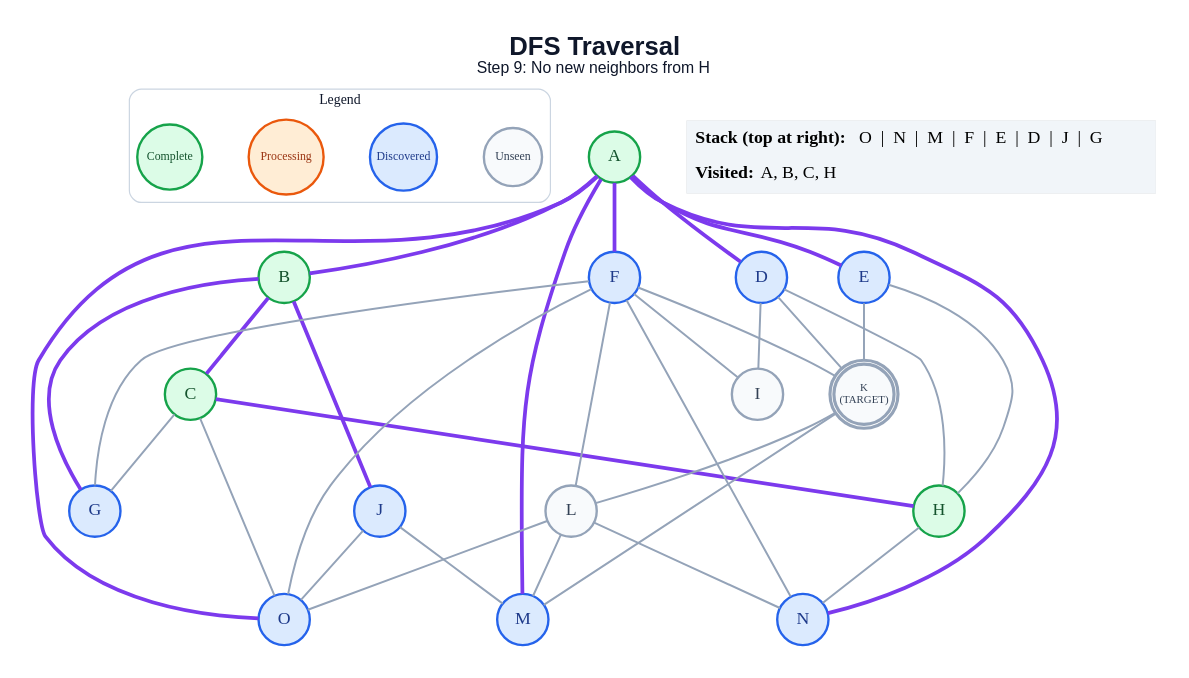
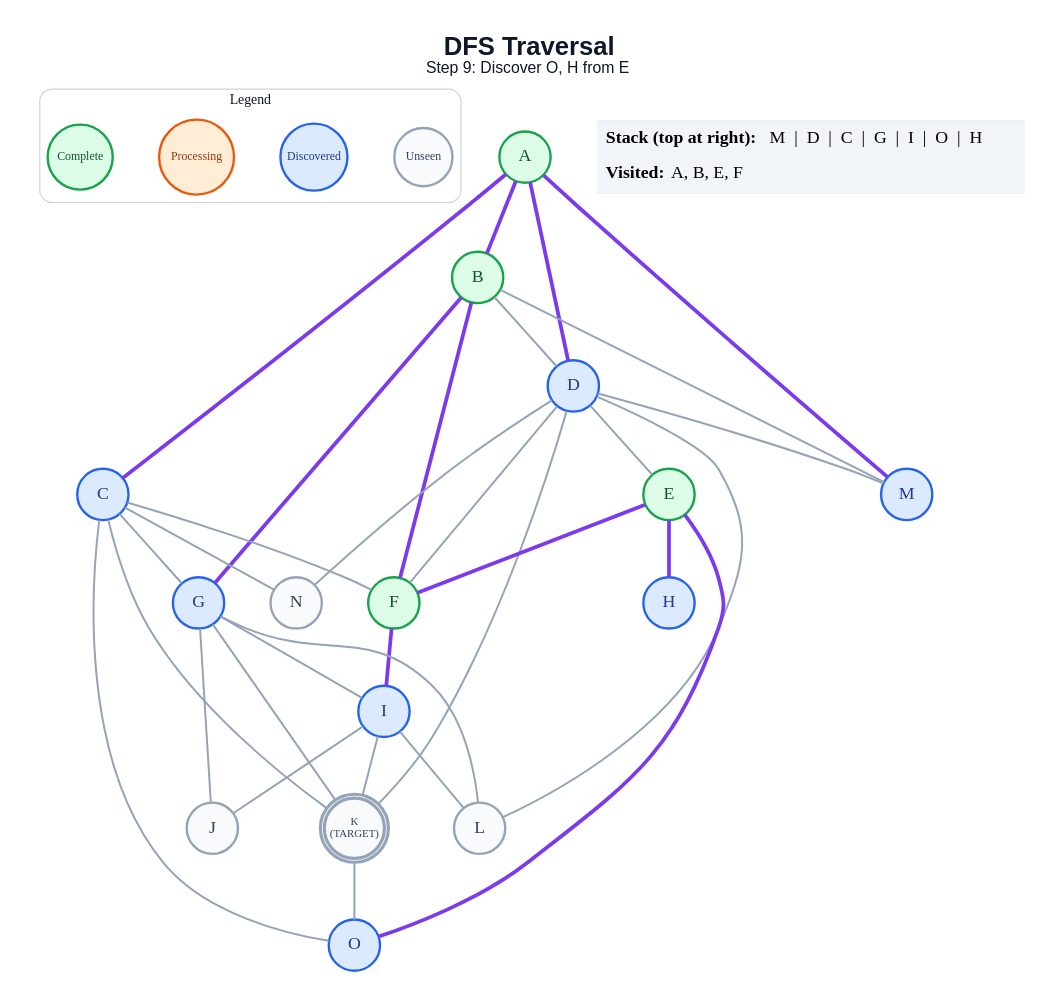
The diagram in generated/short-circuit/dfs/step_09.dot (anon7238593-create/ai-slop), drawn with Graphviz before and after one commit. The commit also changed 265 other files, not shown here.

```diff
--- a/generated/short-circuit/dfs/step_09.dot
+++ b/generated/short-circuit/dfs/step_09.dot
@@ -1,66 +1,65 @@
 graph traversal {
   graph [layout=dot, rankdir=TB, bgcolor="#FFFFFF", pad="0.35", nodesep="0.65", ranksep="0.8", fontname="Arial"];
   node [shape=circle, style="filled", fontname="Arial Bold", fontsize=18, width=0.72, fixedsize=true, penwidth=2.4];
   edge [color="#94A3B8", penwidth=2.0];
-  label=<<B>DFS Traversal</B><BR/><FONT POINT-SIZE="16">Step 9: No new neighbors from H</FONT>>; labelloc="t"; fontsize=26; fontname="Arial"; fontcolor="#0F172A";
+  label=<<B>DFS Traversal</B><BR/><FONT POINT-SIZE="16">Step 9: Discover O, H from E</FONT>>; labelloc="t"; fontsize=26; fontname="Arial"; fontcolor="#0F172A";
   subgraph cluster_legend { label="Legend"; color="#CBD5E1"; penwidth=1.2; style="rounded"; fontsize=14; fontname="Arial Bold";
     key_unseen [label="Unseen", fillcolor="#F8FAFC", color="#94A3B8", fontcolor="#334155", fontsize=12, width=0.82];
     key_frontier [label="Discovered", fillcolor="#DBEAFE", color="#2563EB", fontcolor="#1E3A8A", fontsize=12, width=0.95];
     key_current [label="Processing", fillcolor="#FFEDD5", color="#EA580C", fontcolor="#9A3412", fontsize=12, width=1.05];
     key_done [label="Complete", fillcolor="#DCFCE7", color="#16A34A", fontcolor="#14532D", fontsize=12, width=0.92];
     { rank=same; key_unseen; key_frontier; key_current; key_done; }
   }
   A [label="A", fillcolor="#DCFCE7", color="#16A34A", fontcolor="#14532D", peripheries=1, penwidth=2.4];
   B [label="B", fillcolor="#DCFCE7", color="#16A34A", fontcolor="#14532D", peripheries=1, penwidth=2.4];
-  C [label="C", fillcolor="#DCFCE7", color="#16A34A", fontcolor="#14532D", peripheries=1, penwidth=2.4];
+  C [label="C", fillcolor="#DBEAFE", color="#2563EB", fontcolor="#1E3A8A", peripheries=1, penwidth=2.4];
   D [label="D", fillcolor="#DBEAFE", color="#2563EB", fontcolor="#1E3A8A", peripheries=1, penwidth=2.4];
-  E [label="E", fillcolor="#DBEAFE", color="#2563EB", fontcolor="#1E3A8A", peripheries=1, penwidth=2.4];
-  F [label="F", fillcolor="#DBEAFE", color="#2563EB", fontcolor="#1E3A8A", peripheries=1, penwidth=2.4];
+  E [label="E", fillcolor="#DCFCE7", color="#16A34A", fontcolor="#14532D", peripheries=1, penwidth=2.4];
+  F [label="F", fillcolor="#DCFCE7", color="#16A34A", fontcolor="#14532D", peripheries=1, penwidth=2.4];
   G [label="G", fillcolor="#DBEAFE", color="#2563EB", fontcolor="#1E3A8A", peripheries=1, penwidth=2.4];
-  H [label="H", fillcolor="#DCFCE7", color="#16A34A", fontcolor="#14532D", peripheries=1, penwidth=2.4];
-  I [label="I", fillcolor="#F8FAFC", color="#94A3B8", fontcolor="#334155", peripheries=1, penwidth=2.4];
-  J [label="J", fillcolor="#DBEAFE", color="#2563EB", fontcolor="#1E3A8A", peripheries=1, penwidth=2.4];
+  H [label="H", fillcolor="#DBEAFE", color="#2563EB", fontcolor="#1E3A8A", peripheries=1, penwidth=2.4];
+  I [label="I", fillcolor="#DBEAFE", color="#2563EB", fontcolor="#1E3A8A", peripheries=1, penwidth=2.4];
+  J [label="J", fillcolor="#F8FAFC", color="#94A3B8", fontcolor="#334155", peripheries=1, penwidth=2.4];
   K [label="K\n(TARGET)", fillcolor="#F8FAFC", color="#94A3B8", fontcolor="#334155", peripheries=2, penwidth=3.2, fontsize=11, width=0.85, height=0.85];
   L [label="L", fillcolor="#F8FAFC", color="#94A3B8", fontcolor="#334155", peripheries=1, penwidth=2.4];
   M [label="M", fillcolor="#DBEAFE", color="#2563EB", fontcolor="#1E3A8A", peripheries=1, penwidth=2.4];
-  N [label="N", fillcolor="#DBEAFE", color="#2563EB", fontcolor="#1E3A8A", peripheries=1, penwidth=2.4];
+  N [label="N", fillcolor="#F8FAFC", color="#94A3B8", fontcolor="#334155", peripheries=1, penwidth=2.4];
   O [label="O", fillcolor="#DBEAFE", color="#2563EB", fontcolor="#1E3A8A", peripheries=1, penwidth=2.4];
   A -- B [color="#7C3AED", penwidth=3.8];
+  A -- C [color="#7C3AED", penwidth=3.8];
   A -- D [color="#7C3AED", penwidth=3.8];
-  A -- E [color="#7C3AED", penwidth=3.8];
-  A -- F [color="#7C3AED", penwidth=3.8];
   A -- M [color="#7C3AED", penwidth=3.8];
-  A -- N [color="#7C3AED", penwidth=3.8];
-  A -- O [color="#7C3AED", penwidth=3.8];
-  B -- C [color="#7C3AED", penwidth=3.8];
+  B -- D;
+  B -- F [color="#7C3AED", penwidth=3.8];
   B -- G [color="#7C3AED", penwidth=3.8];
-  B -- J [color="#7C3AED", penwidth=3.8];
+  B -- M;
+  C -- F;
   C -- G;
-  C -- H [color="#7C3AED", penwidth=3.8];
+  C -- K;
+  C -- N;
   C -- O;
-  D -- H;
-  D -- I;
+  D -- E;
+  D -- F;
   D -- K;
-  E -- H;
-  E -- K;
-  F -- G;
-  F -- I;
-  F -- K;
-  F -- L;
-  F -- N;
-  F -- O;
-  H -- N;
-  J -- M;
-  J -- O;
-  K -- L;
-  K -- M;
-  L -- M;
-  L -- N;
-  L -- O;
+  D -- L;
+  D -- M;
+  D -- N;
+  E -- F [color="#7C3AED", penwidth=3.8];
+  E -- H [color="#7C3AED", penwidth=3.8];
+  E -- O [color="#7C3AED", penwidth=3.8];
+  F -- I [color="#7C3AED", penwidth=3.8];
+  G -- I;
+  G -- J;
+  G -- K;
+  G -- L;
+  I -- J;
+  I -- K;
+  I -- L;
+  K -- O;
   status [shape=plain, fixedsize=false, width=0, height=0, margin=0, label=<
     <TABLE BORDER="0" CELLBORDER="0" CELLPADDING="7" BGCOLOR="#F1F5F9">
-      <TR><TD ALIGN="LEFT"><B>Stack (top at right):</B> O  |  N  |  M  |  F  |  E  |  D  |  J  |  G</TD></TR>
-      <TR><TD ALIGN="LEFT"><B>Visited:</B> A, B, C, H</TD></TR>
+      <TR><TD ALIGN="LEFT"><B>Stack (top at right):</B> M  |  D  |  C  |  G  |  I  |  O  |  H</TD></TR>
+      <TR><TD ALIGN="LEFT"><B>Visited:</B> A, B, E, F</TD></TR>
     </TABLE>
   >];
 }
```
